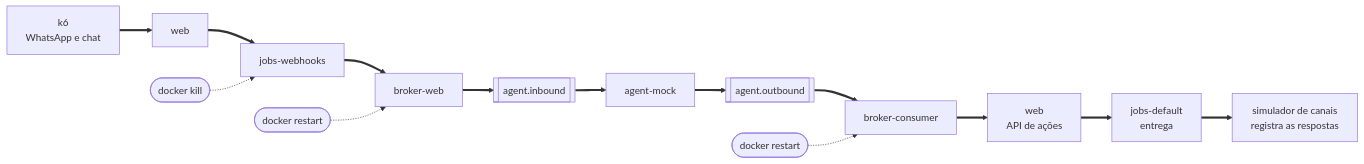
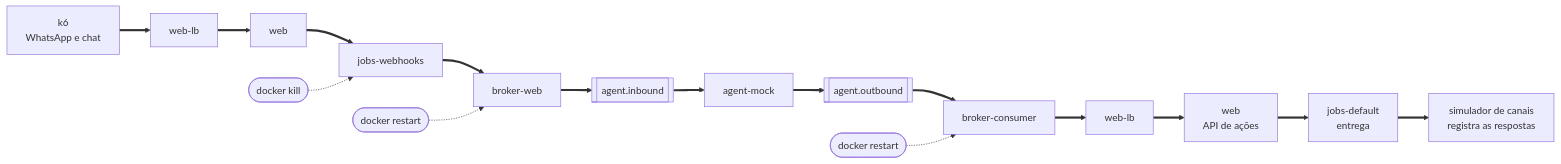
Before and after one commit to lcordeirokopke/Cloudesk: diagram 24 of 24 in documents/arquitetura.md, drawn with Mermaid. The commit also changed other lines of this file and 20 other files, not shown here.

````diff
--- a/documents/arquitetura.md
+++ b/documents/arquitetura.md
@@ -1076,17 +1081,19 @@
 ```mermaid
 flowchart LR
-    K6["k6<br/>WhatsApp e chat"] ==> WEB["web"]
+    K6["k6<br/>WhatsApp e chat"] ==> LB["web-lb"]
+    LB ==> WEB["web"]
     WEB ==> JW["jobs-webhooks"]
     JW ==> BW["broker-web"]
     BW ==> TIN[["agent.inbound"]]
     TIN ==> AG["agent-mock"]
     AG ==> TOUT[["agent.outbound"]]
     TOUT ==> BC["broker-consumer"]
-    BC ==> WEB2["web<br/>API de ações"]
+    BC ==> LB2["web-lb"]
+    LB2 ==> WEB2["web<br/>API de ações"]
     WEB2 ==> JD["jobs-default<br/>entrega"]
     JD ==> SIM["simulador de canais<br/>registra as respostas"]
 
     X1(["docker kill"]) -.-> JW
     X2(["docker restart"]) -.-> BW
     X3(["docker restart"]) -.-> BC
 ```
````
